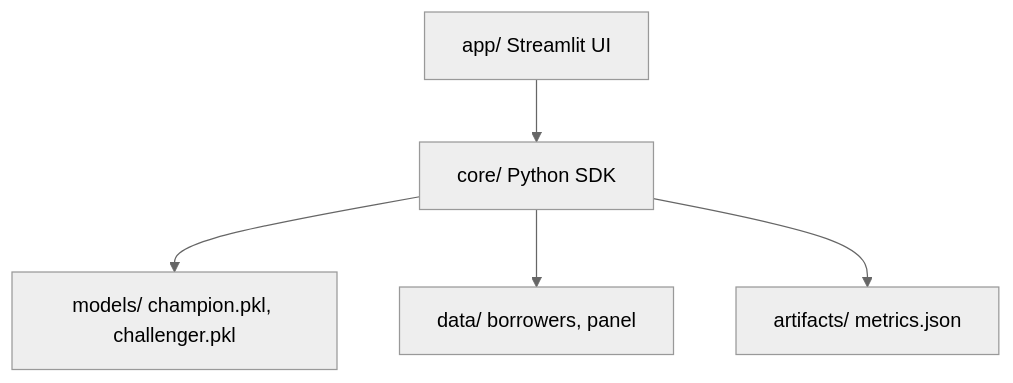
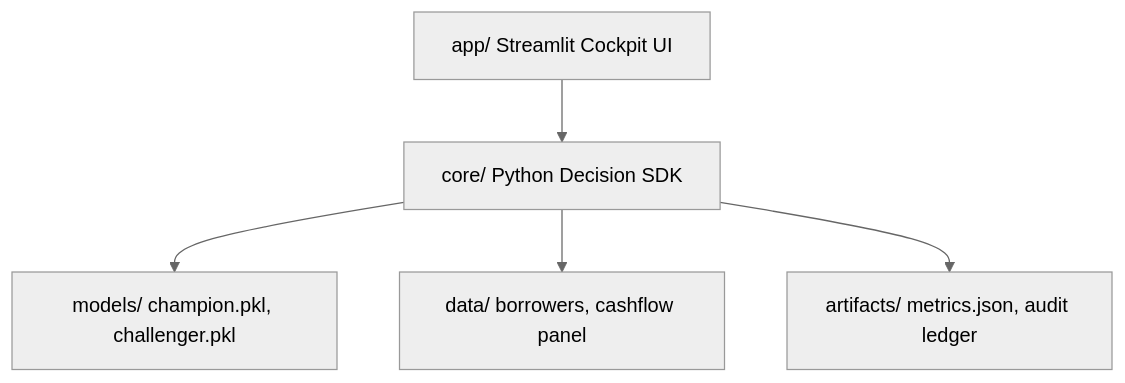
The diagram in README.md (Kiruthiga0315/Nirnay-Credit), drawn with Mermaid (neutral theme) before and after one commit. The commit also changed other lines of this file and 4 other files, not shown here.

````diff
--- a/README.md
+++ b/README.md
@@ -8,7 +11,7 @@
 ```mermaid
 graph TD
-    UI[app/ Streamlit UI] --> SDK[core/ Python SDK]
+    UI[app/ Streamlit Cockpit UI] --> SDK[core/ Python Decision SDK]
     SDK --> Models[models/ champion.pkl, challenger.pkl]
-    SDK --> Data[data/ borrowers, panel]
-    SDK --> Artifacts[artifacts/ metrics.json]
+    SDK --> Data[data/ borrowers, cashflow panel]
+    SDK --> Artifacts[artifacts/ metrics.json, audit ledger]
 ```
````
